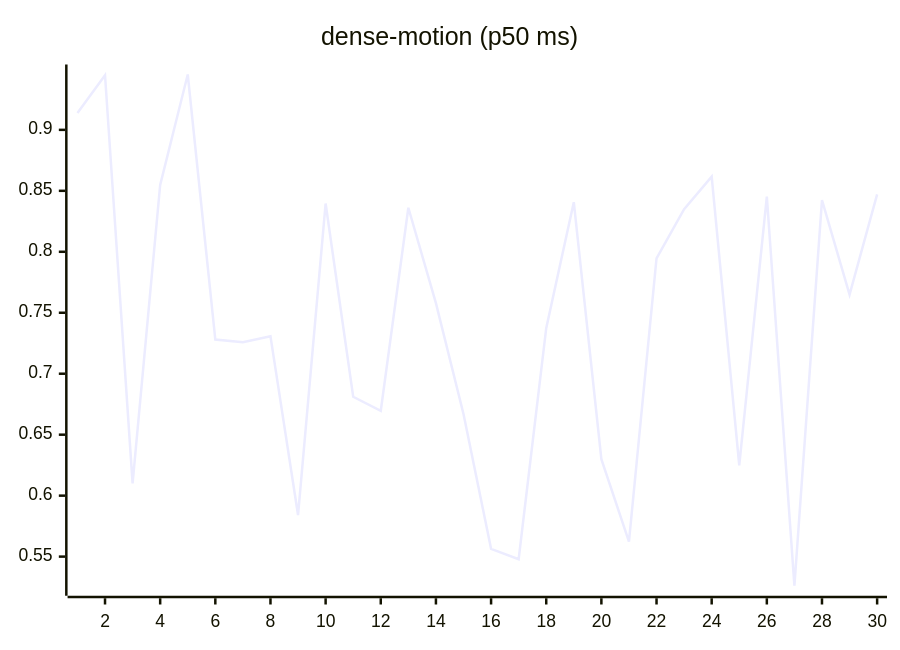
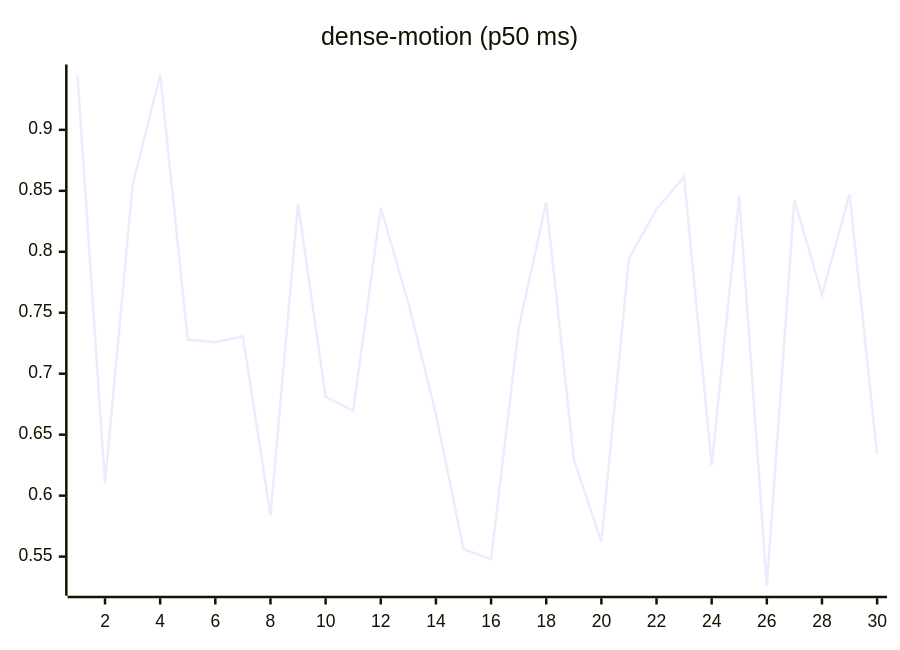
The ninth of 27 diagrams in README.md (josha/Facet), drawn with Mermaid before and after one commit. The commit also changed other lines of this file and 2 other files, not shown here.

````diff
--- a/README.md
+++ b/README.md
@@ -119,6 +119,6 @@
 ```mermaid
 xychart-beta
     title "dense-motion (p50 ms)"
     x-axis 1 --> 30
-    line [0.9139, 0.9448, 0.6101, 0.8549, 0.9454, 0.7280, 0.7259, 0.7307, 0.5841, 0.8396, 0.6811, 0.6696, 0.8361, 0.7579, 0.6670, 0.5564, 0.5479, 0.7374, 0.8407, 0.6299, 0.5623, 0.7946, 0.8350, 0.8616, 0.6249, 0.8453, 0.5261, 0.8424, 0.7649, 0.8471]
+    line [0.9448, 0.6101, 0.8549, 0.9454, 0.7280, 0.7259, 0.7307, 0.5841, 0.8396, 0.6811, 0.6696, 0.8361, 0.7579, 0.6670, 0.5564, 0.5479, 0.7374, 0.8407, 0.6299, 0.5623, 0.7946, 0.8350, 0.8616, 0.6249, 0.8453, 0.5261, 0.8424, 0.7649, 0.8471, 0.6340]
 ```
````
